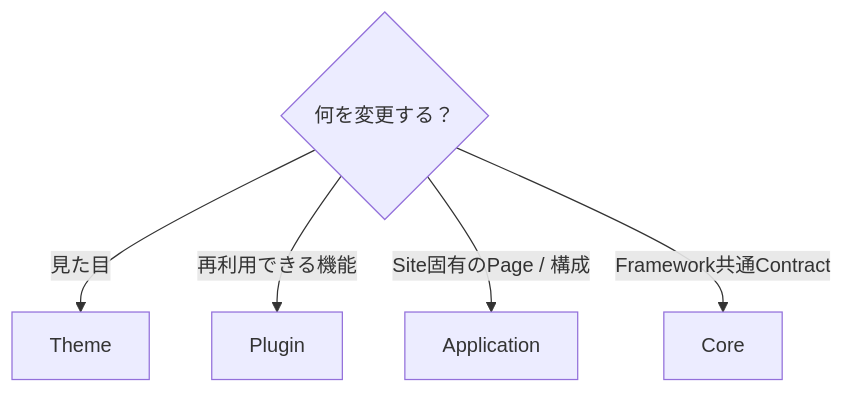
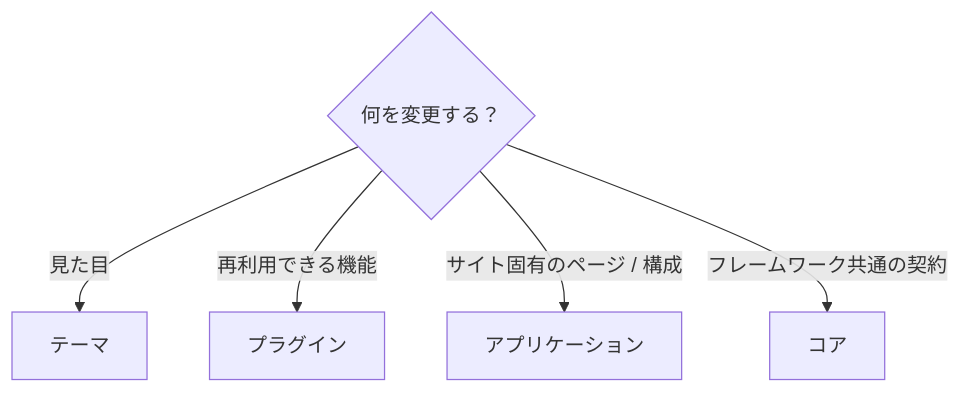
The sixth of 6 diagrams in docs/docs/themes/writing-a-theme.ja.md (Rerurate514/riebeckite), drawn with Mermaid before and after one commit. The commit also changed other lines of this file and 310 other files, not shown here.

````diff
--- a/docs/docs/themes/writing-a-theme.ja.md
+++ b/docs/docs/themes/writing-a-theme.ja.md
@@ -794,9 +712,9 @@
 ```mermaid id="sgcd92"
 flowchart TD
     Need{"何を変更する？"}
 
-    Need -->|"見た目"| Theme["Theme"]
-    Need -->|"再利用できる機能"| Plugin["Plugin"]
-    Need -->|"Site固有のPage / 構成"| App["Application"]
-    Need -->|"Framework共通Contract"| Core["Core"]
+    Need -->|"見た目"| Theme["テーマ"]
+    Need -->|"再利用できる機能"| Plugin["プラグイン"]
+    Need -->|"サイト固有のページ / 構成"| App["アプリケーション"]
+    Need -->|"フレームワーク共通の契約"| Core["コア"]
 ```
````
